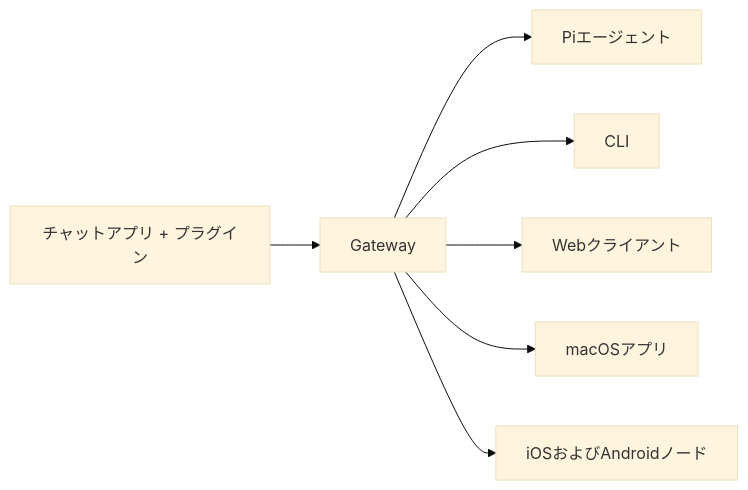
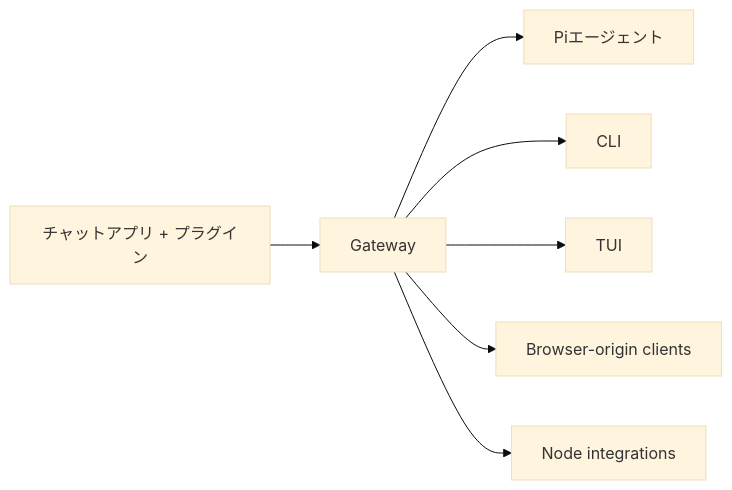
One commit to qianleigood/crawclaw changed the diagram in docs/ja-JP/index.md. Above: the diagram before and after it, drawn with Mermaid (base theme). The commit also changed other lines of this file and 417 other files, not shown here.

````diff
--- a/docs/ja-JP/index.md
+++ b/docs/ja-JP/index.md
@@ -55,9 +55,9 @@
 ```mermaid
 flowchart LR
   A["チャットアプリ + プラグイン"] --> B["Gateway"]
   B --> C["Piエージェント"]
   B --> D["CLI"]
-  B --> E["Webクライアント"]
-  B --> F["macOSアプリ"]
-  B --> G["iOSおよびAndroidノード"]
+  B --> E["TUI"]
+  B --> F["Browser-origin clients"]
+  B --> G["Node integrations"]
 ```
````
